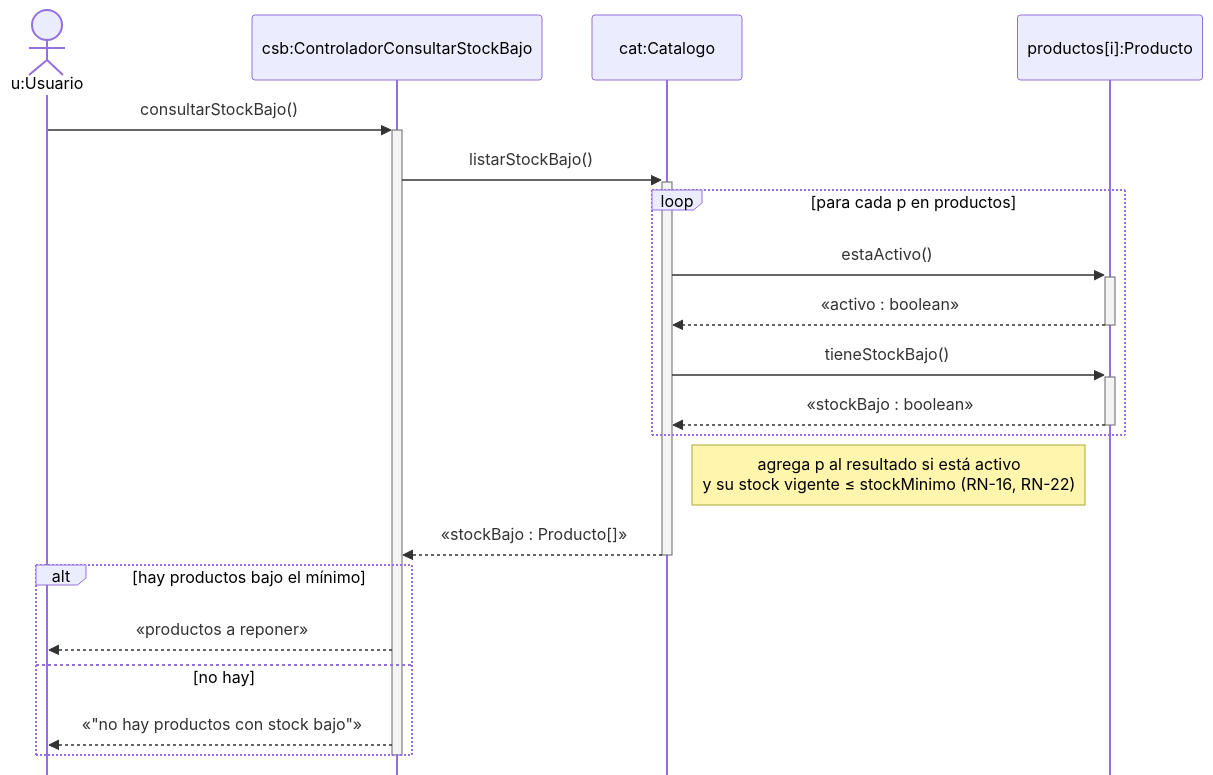
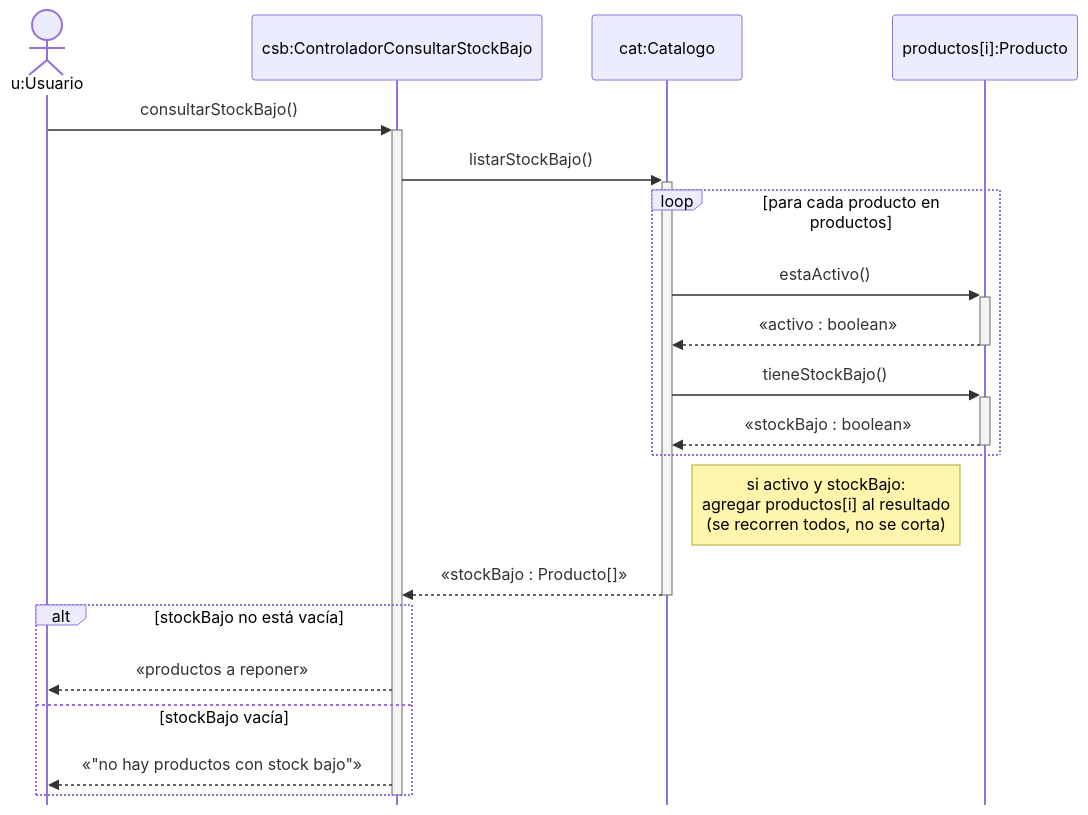
One commit to cirotop/Stock-Project changed diagram 11 of 12 in 08-Diagrama De Secuencia/Diagramas_de_Secuencia.md. Above: the diagram before and after it, drawn with Mermaid. The commit also changed other lines of this file, not shown here.

````diff
--- a/08-Diagrama De Secuencia/Diagramas_de_Secuencia.md
+++ b/08-Diagrama De Secuencia/Diagramas_de_Secuencia.md
@@ -393,25 +429,25 @@
 ```mermaid
 %%{init: {"sequence": {"mirrorActors": false}, "themeCSS": ".loopLine { stroke-dasharray: none !important; stroke-width: 1.5px !important; }"}}%%
 sequenceDiagram
     actor u as u:Usuario
     participant csb as csb:ControladorConsultarStockBajo
     participant cat as cat:Catalogo
-    participant p as productos[i]:Producto
+    participant pi as productos[i]:Producto
 
     u->>+csb: consultarStockBajo()
     csb->>+cat: listarStockBajo()
-    loop para cada p en productos
-        cat->>+p: estaActivo()
-        p-->>-cat: «activo : boolean»
-        cat->>+p: tieneStockBajo()
-        p-->>-cat: «stockBajo : boolean»
+    loop para cada producto en productos
+        cat->>+pi: estaActivo()
+        pi-->>-cat: «activo : boolean»
+        cat->>+pi: tieneStockBajo()
+        pi-->>-cat: «stockBajo : boolean»
     end
-    Note right of cat: agrega p al resultado si está activo<br/>y su stock vigente ≤ stockMinimo (RN-16, RN-22)
+    Note right of cat: si activo y stockBajo:<br/>agregar productos[i] al resultado<br/>(se recorren todos, no se corta)
     cat-->>-csb: «stockBajo : Producto[]»
-    alt hay productos bajo el mínimo
+    alt stockBajo no está vacía
         csb-->>u: «productos a reponer»
-    else no hay
+    else stockBajo vacía
         csb-->>u: «"no hay productos con stock bajo"»
     end
     deactivate csb
 ```
````
